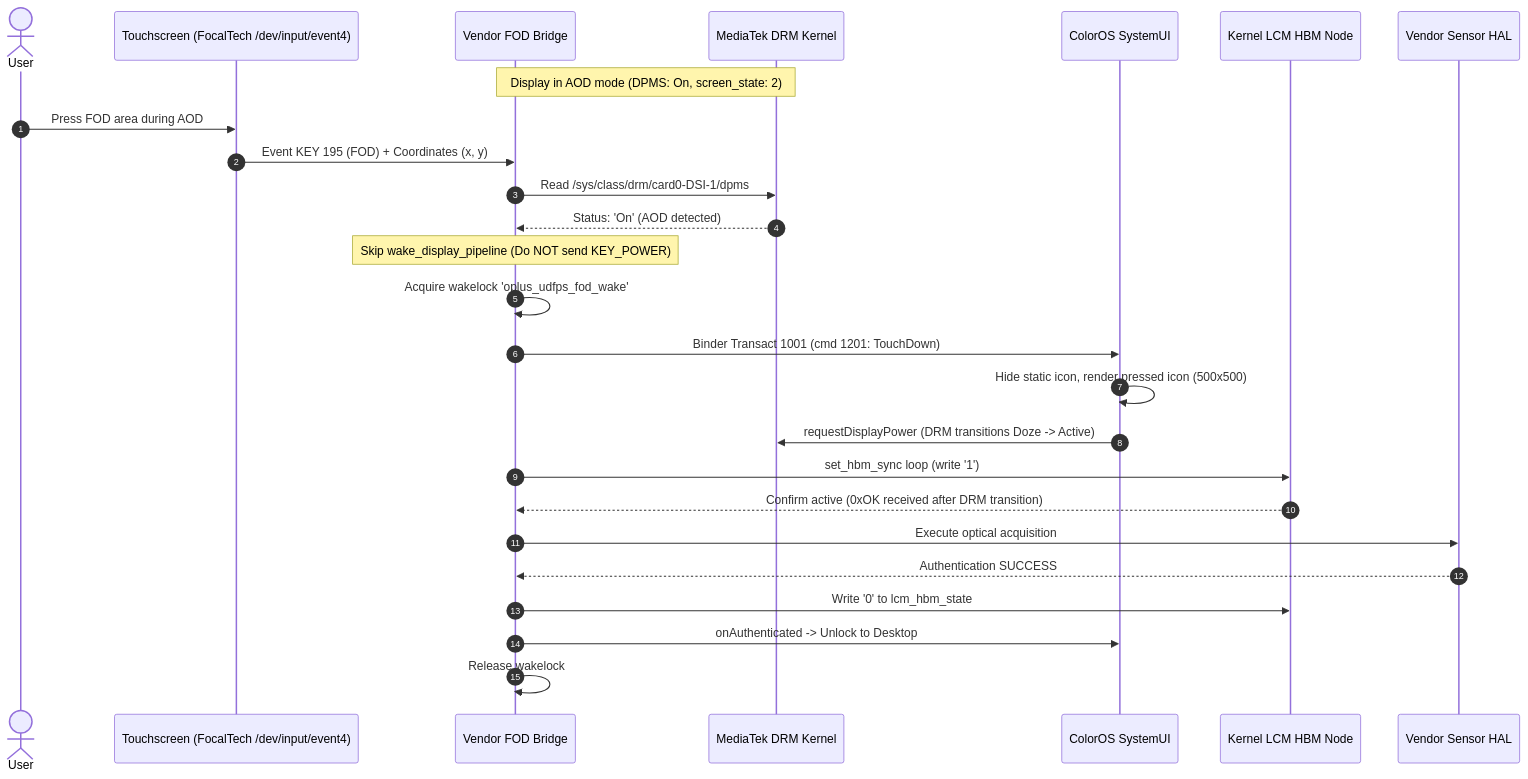
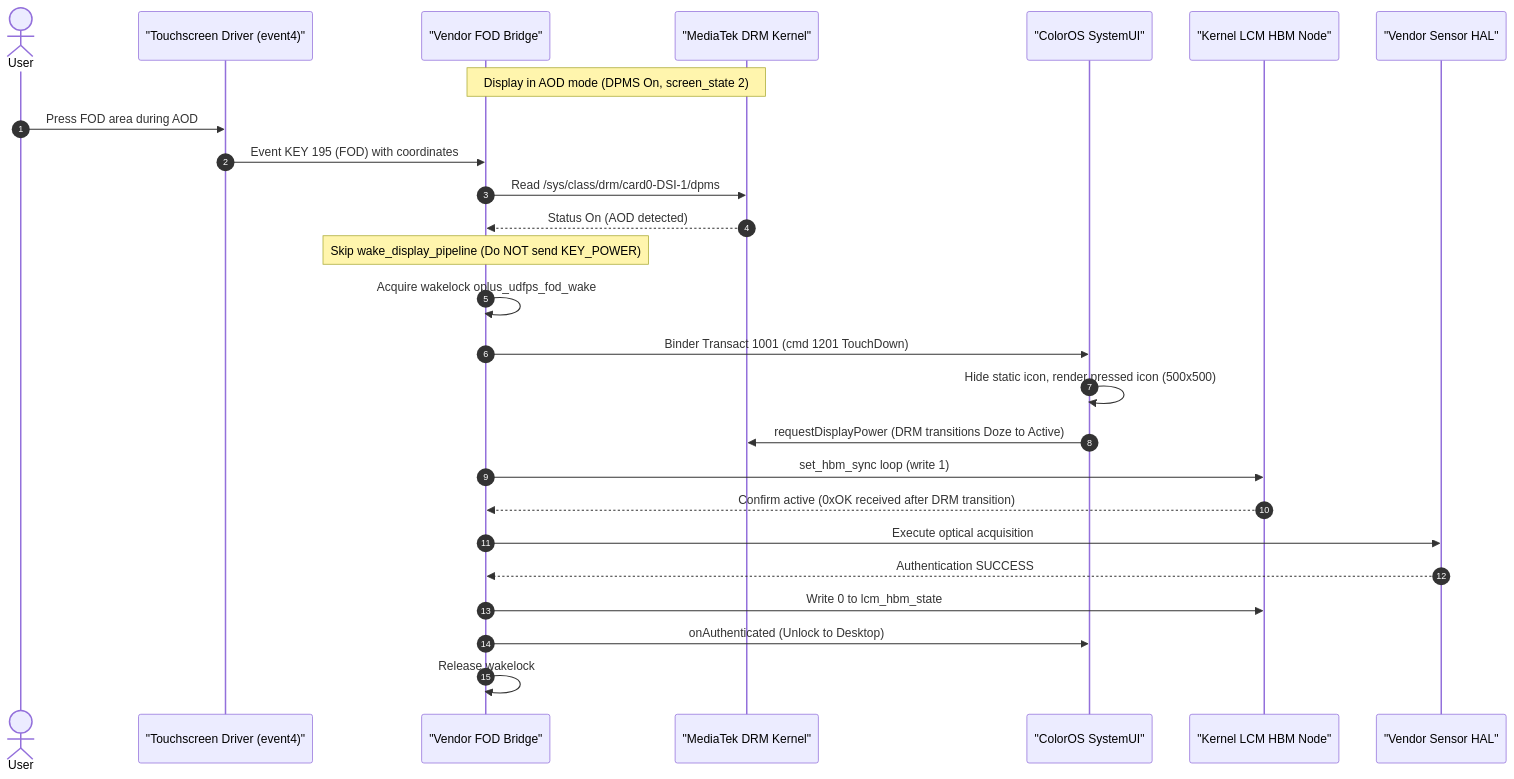
The third of 4 diagrams in README.md (RapliVx/Oplus-UDFPS-Bridge-Transsion), drawn with Mermaid before and after one commit. The commit also changed other lines of this file, not shown here.

First line of the commit message:
docs(readme): fix mermaid diagrams and file paths

````diff
--- a/README.md
+++ b/README.md
@@ -128,29 +128,29 @@
 ```mermaid
 sequenceDiagram
     autonumber
     actor User as User
-    participant TP as Touchscreen (FocalTech /dev/input/event4)
-    participant Bridge as Vendor FOD Bridge
-    participant MtkDrm as MediaTek DRM Kernel
-    participant UI as ColorOS SystemUI
-    participant HBM as Kernel LCM HBM Node
-    participant Sensor as Vendor Sensor HAL
+    participant TP as "Touchscreen Driver (event4)"
+    participant Bridge as "Vendor FOD Bridge"
+    participant MtkDrm as "MediaTek DRM Kernel"
+    participant UI as "ColorOS SystemUI"
+    participant HBM as "Kernel LCM HBM Node"
+    participant Sensor as "Vendor Sensor HAL"
 
-    Note over Bridge,MtkDrm: Display in AOD mode (DPMS: On, screen_state: 2)
+    Note over Bridge,MtkDrm: Display in AOD mode (DPMS On, screen_state 2)
     User->>TP: Press FOD area during AOD
-    TP->>Bridge: Event KEY 195 (FOD) + Coordinates (x, y)
+    TP->>Bridge: Event KEY 195 (FOD) with coordinates
     Bridge->>MtkDrm: Read /sys/class/drm/card0-DSI-1/dpms
-    MtkDrm-->>Bridge: Status: 'On' (AOD detected)
+    MtkDrm-->>Bridge: Status On (AOD detected)
     Note over Bridge: Skip wake_display_pipeline (Do NOT send KEY_POWER)
-    Bridge->>Bridge: Acquire wakelock 'oplus_udfps_fod_wake'
-    Bridge->>UI: Binder Transact 1001 (cmd 1201: TouchDown)
+    Bridge->>Bridge: Acquire wakelock oplus_udfps_fod_wake
+    Bridge->>UI: Binder Transact 1001 (cmd 1201 TouchDown)
     UI->>UI: Hide static icon, render pressed icon (500x500)
-    UI->>MtkDrm: requestDisplayPower (DRM transitions Doze -> Active)
-    Bridge->>HBM: set_hbm_sync loop (write '1')
+    UI->>MtkDrm: requestDisplayPower (DRM transitions Doze to Active)
+    Bridge->>HBM: set_hbm_sync loop (write 1)
     HBM-->>Bridge: Confirm active (0xOK received after DRM transition)
     Bridge->>Sensor: Execute optical acquisition
     Sensor-->>Bridge: Authentication SUCCESS
-    Bridge->>HBM: Write '0' to lcm_hbm_state
-    Bridge->>UI: onAuthenticated -> Unlock to Desktop
+    Bridge->>HBM: Write 0 to lcm_hbm_state
+    Bridge->>UI: onAuthenticated (Unlock to Desktop)
     Bridge->>Bridge: Release wakelock
 ```
````
